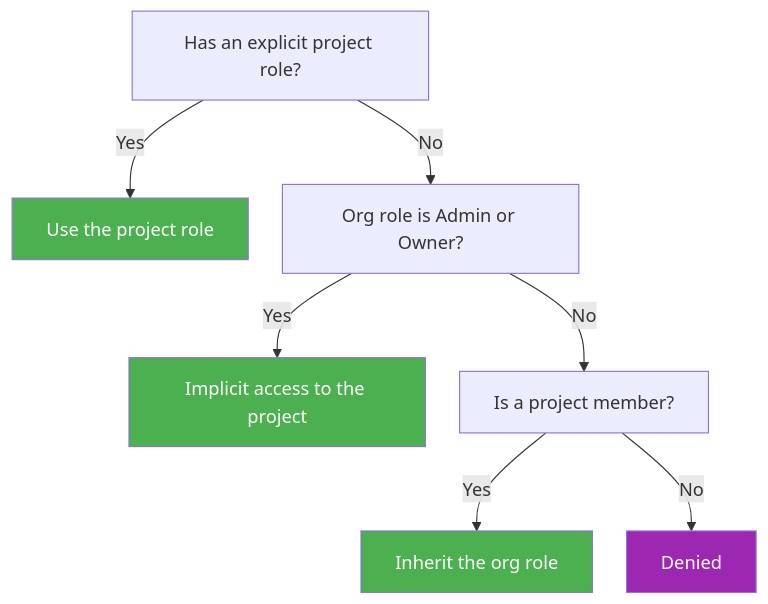
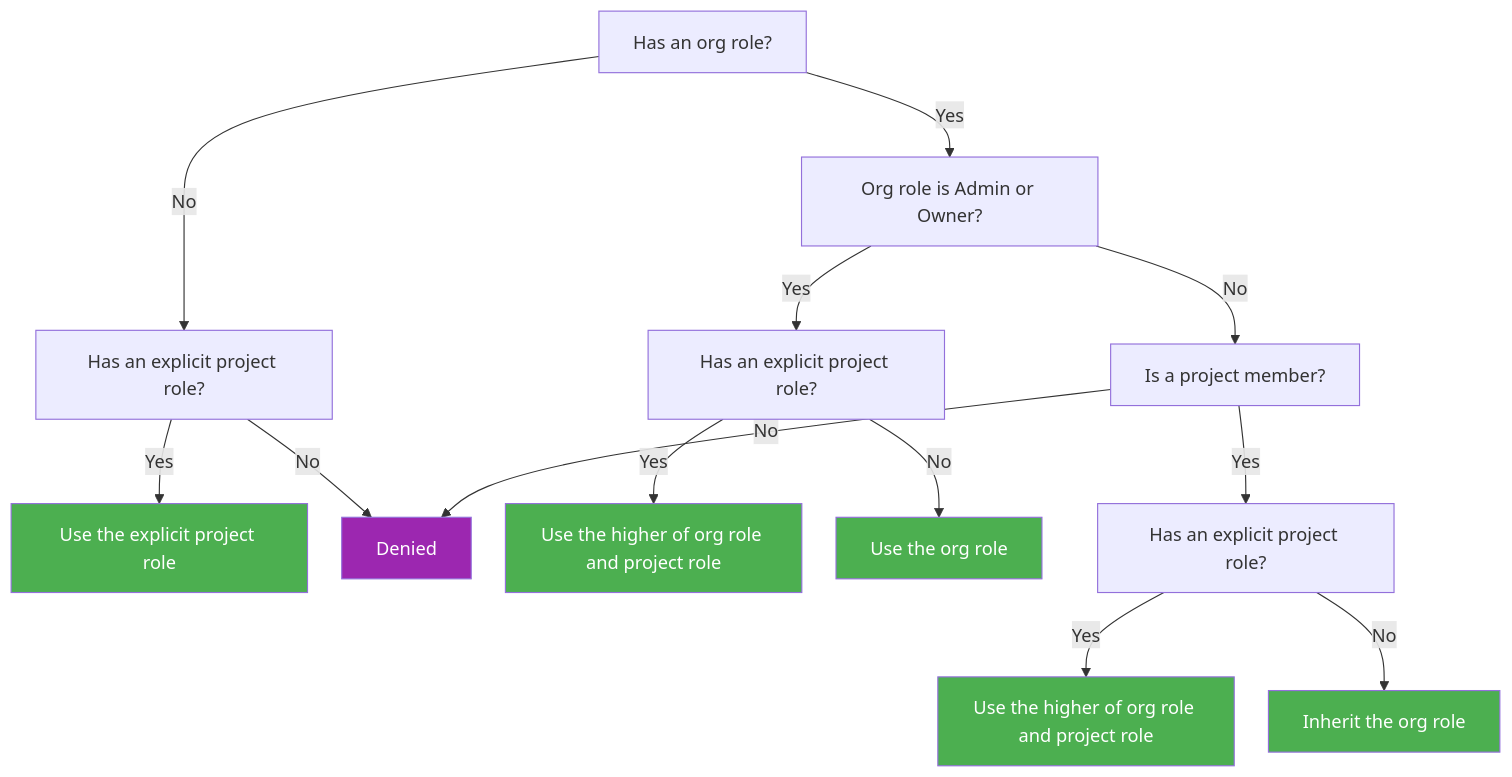
Before and after one commit to rhesis-ai/rhesis: the diagram in docs/content/docs/organizations/roles.mdx, drawn with Mermaid. The commit also changed other lines of this file and 212 other files, not shown here.

````diff
--- a/docs/content/docs/organizations/roles.mdx
+++ b/docs/content/docs/organizations/roles.mdx
@@ -36,23 +38,36 @@
 ```mermaid
 %%{init: {'flowchart': {'nodeSpacing': 30, 'rankSpacing': 50}}}%%
 graph TB
-    A["Has an explicit project role?"]
-    B["Use the project role"]
-    C["Org role is Admin or Owner?"]
-    D["Implicit access to the project"]
-    E["Is a project member?"]
-    F["Inherit the org role"]
-    G["Denied"]
+    A["Has an org role?"]
+    Z["Has an explicit project role?"]
+    K["Use the explicit project role"]
+    D["Denied"]
+    B["Org role is Admin or Owner?"]
+    E["Has an explicit project role?"]
+    F["Use the higher of org role and project role"]
+    G["Use the org role"]
+    C["Is a project member?"]
+    H["Has an explicit project role?"]
+    I["Use the higher of org role and project role"]
+    J["Inherit the org role"]
 
+    A -- "No" --> Z
+    Z -- "Yes" --> K
+    Z -- "No" --> D
     A -- "Yes" --> B
-    A -- "No" --> C
-    C -- "Yes" --> D
-    C -- "No" --> E
+    B -- "Yes" --> E
     E -- "Yes" --> F
     E -- "No" --> G
+    B -- "No" --> C
+    C -- "No" --> D
+    C -- "Yes" --> H
+    H -- "Yes" --> I
+    H -- "No" --> J
 
-    style B fill:#4caf50,color:#fff
-    style D fill:#4caf50,color:#fff
+    style K fill:#4caf50,color:#fff
     style F fill:#4caf50,color:#fff
-    style G fill:#9c27b0,color:#fff
+    style G fill:#4caf50,color:#fff
+    style I fill:#4caf50,color:#fff
+    style J fill:#4caf50,color:#fff
+    style D fill:#9c27b0,color:#fff
 ```
````
